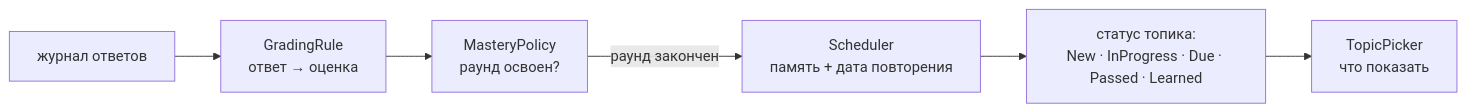
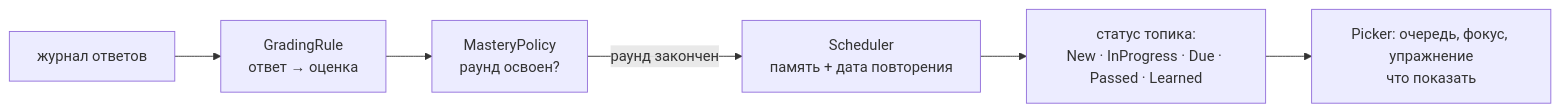
The second of 2 diagrams in docs/architecture.md (pyatkinmv/polylingy), drawn with Mermaid before and after one commit. The commit also changed other lines of this file and 51 other files, not shown here.

````diff
--- a/docs/architecture.md
+++ b/docs/architecture.md
@@ -192,8 +207,8 @@
 ```mermaid
 flowchart LR
     J["журнал ответов"] --> G["GradingRule<br/>ответ → оценка"]
     G --> M["MasteryPolicy<br/>раунд освоен?"]
     M -->|раунд закончен| S["Scheduler<br/>память + дата повторения"]
     S --> T["статус топика:<br/>New · InProgress · Due · Passed · Learned"]
-    T --> P["TopicPicker<br/>что показать"]
+    T --> P["Picker: очередь, фокус, упражнение<br/>что показать"]
 ```
````
